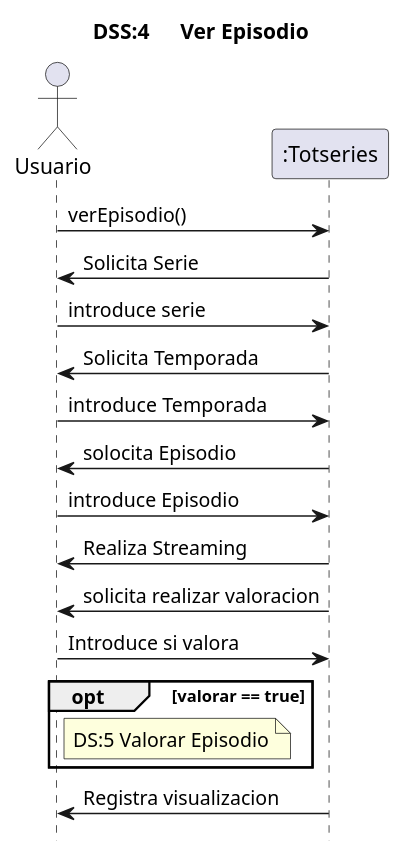
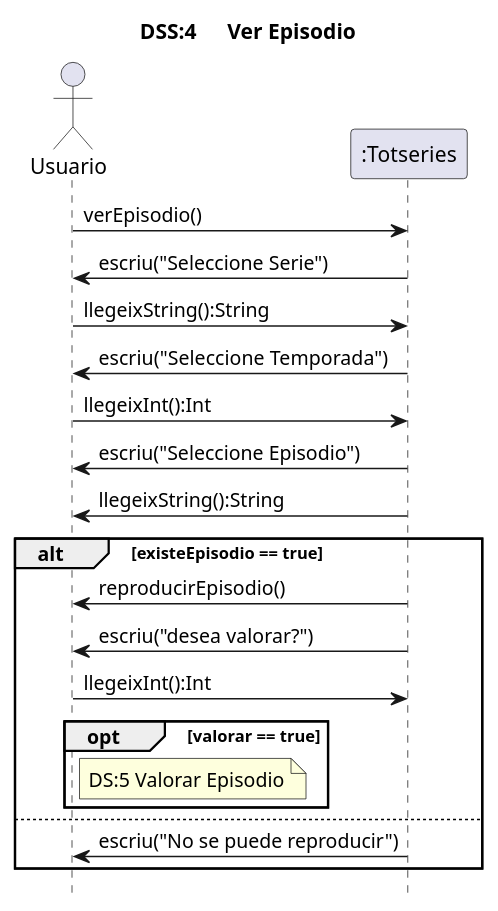
One commit to MrViciao/TotSeries changed the diagram in src/totseries/Uml/Sistema/Diagrama de Sistema UC4.puml. Above: the diagram before and after it, drawn with PlantUML.

Commit message:
Update Diagrama de Sistema UC4.puml

```diff
--- a/src/totseries/Uml/Sistema/Diagrama de Sistema UC4.puml
+++ b/src/totseries/Uml/Sistema/Diagrama de Sistema UC4.puml
@@ -1,24 +1,27 @@
 @startuml
 title	DSS:4	Ver Episodio
 '	ocultar	el	foot	si	son	curts,	sino	deixar-ho
 '	la	comanda	es	la	seguent
 hide	footbox
 'definicio	d'actors
 actor	Usuario	as	user
 user	->	":Totseries":verEpisodio()
-":Totseries" -> user :Solicita Serie
-user -> ":Totseries" :introduce serie
-":Totseries" -> user :Solicita Temporada
-user -> ":Totseries":introduce Temporada
-":Totseries" -> user :solocita Episodio
-user -> ":Totseries" :introduce Episodio
-":Totseries" -> user :Realiza Streaming
-":Totseries" -> user :solicita realizar valoracion
-user -> ":Totseries" :Introduce si valora
-opt valorar == true
-    note	right user
-    DS:5 Valorar Episodio
-    endnote
-end
-":Totseries" -> user :Registra visualizacion
+":Totseries" -> user :escriu("Seleccione Serie")
+user -> ":Totseries":llegeixString():String
+":Totseries" -> user :escriu("Seleccione Temporada")
+user -> ":Totseries" :llegeixInt():Int
+":Totseries" -> user :escriu("Seleccione Episodio")
+":Totseries" -> user :llegeixString():String
+alt existeEpisodio == true
+    ":Totseries" -> user :reproducirEpisodio()
+    ":Totseries" -> user :escriu("desea valorar?")
+    user -> ":Totseries" :llegeixInt():Int
+    opt valorar == true
+        note right user
+        DS:5 Valorar Episodio
+        end note
+    end
+else
+    ":Totseries" -> user :escriu("No se puede reproducir")
+end alt
 @enduml
```
